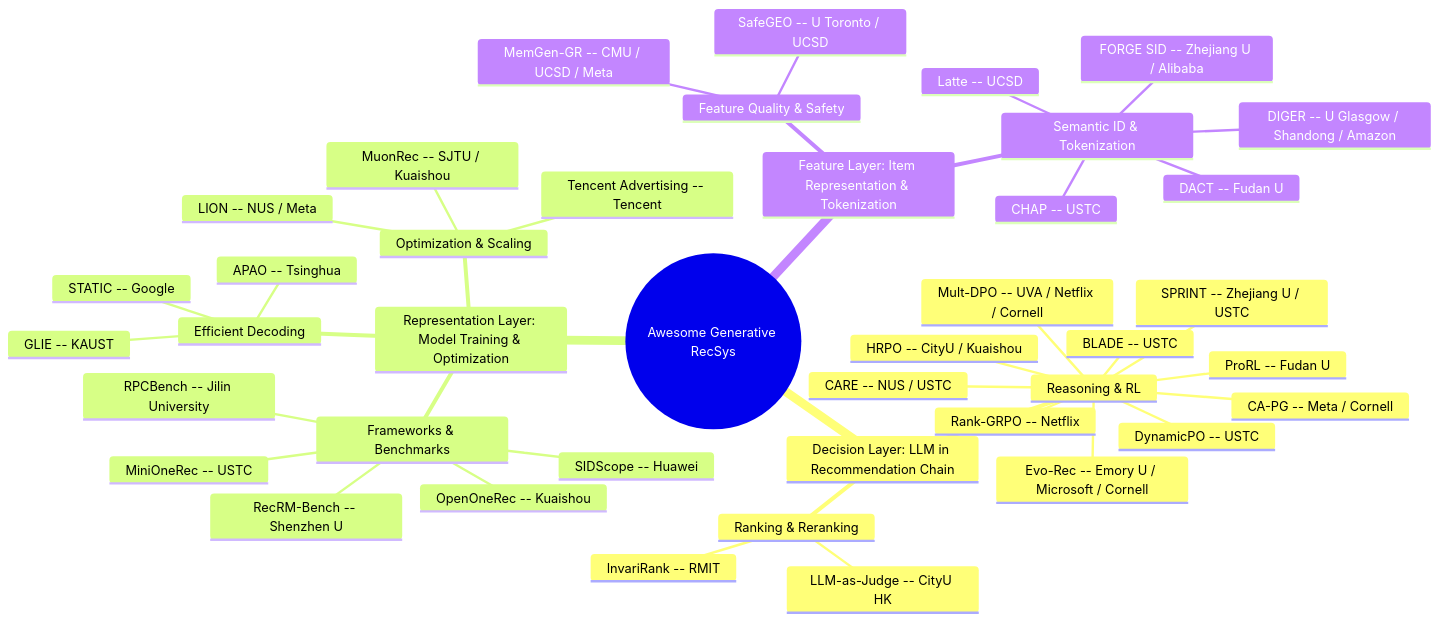
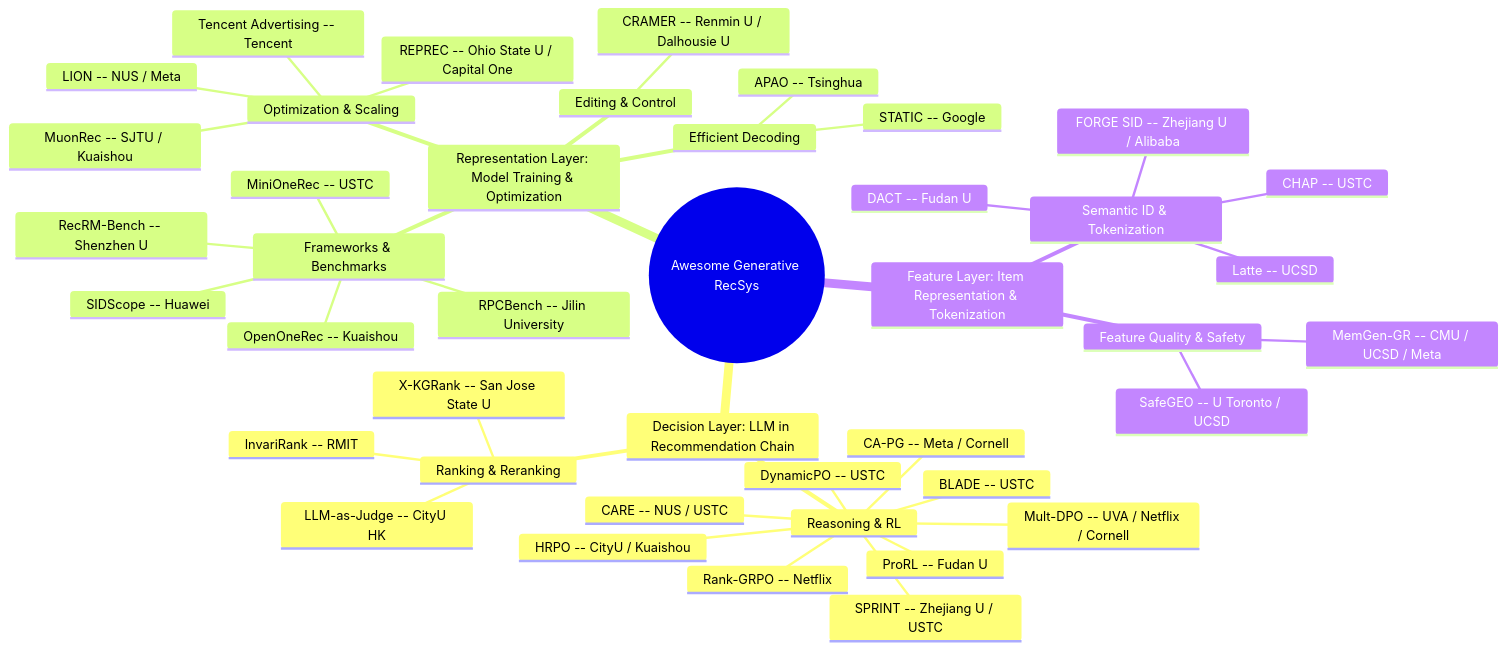
Before and after one commit to HaFred/awesome-generative-recsys: the diagram in README.md, drawn with Mermaid. The commit also changed other lines of this file and 3 other files, not shown here.

Commit message:
Sep 27: add 5 backfill gen-rec papers (CRAMER, REPREC, FairGap, Agentic Dining, X-KGRank); archive Sep 16

````diff
--- a/README.md
+++ b/README.md
@@ -30,45 +30,46 @@
 ```mermaid
 mindmap
   root((Awesome Generative RecSys))
     Decision Layer: LLM in Recommendation Chain
       Reasoning & RL
         Rank-GRPO -- Netflix
         DynamicPO -- USTC
         BLADE -- USTC
         SPRINT -- Zhejiang U / USTC
         CARE -- NUS / USTC
         HRPO -- CityU / Kuaishou
         Mult-DPO -- UVA / Netflix / Cornell
         CA-PG -- Meta / Cornell
         ProRL -- Fudan U
-        Evo-Rec -- Emory U / Microsoft / Cornell
       Ranking & Reranking
+        X-KGRank -- San Jose State U
         InvariRank -- RMIT
         LLM-as-Judge -- CityU HK
     Representation Layer: Model Training & Optimization
+      Editing & Control
+        CRAMER -- Renmin U / Dalhousie U
       Frameworks & Benchmarks
         MiniOneRec -- USTC
         OpenOneRec -- Kuaishou
         RecRM-Bench -- Shenzhen U
         SIDScope -- Huawei
         RPCBench -- Jilin University
       Efficient Decoding
         STATIC -- Google
         APAO -- Tsinghua
-        GLIE -- KAUST
       Optimization & Scaling
         MuonRec -- SJTU / Kuaishou
+        REPREC -- Ohio State U / Capital One
         Tencent Advertising -- Tencent
         LION -- NUS / Meta
     Feature Layer: Item Representation & Tokenization
       Semantic ID & Tokenization
         Latte -- UCSD
         FORGE SID -- Zhejiang U / Alibaba
-        DIGER -- U Glasgow / Shandong / Amazon
         DACT -- Fudan U
         CHAP -- USTC
       Feature Quality & Safety
         SafeGEO -- U Toronto / UCSD
         MemGen-GR -- CMU / UCSD / Meta
 
 ```
````
